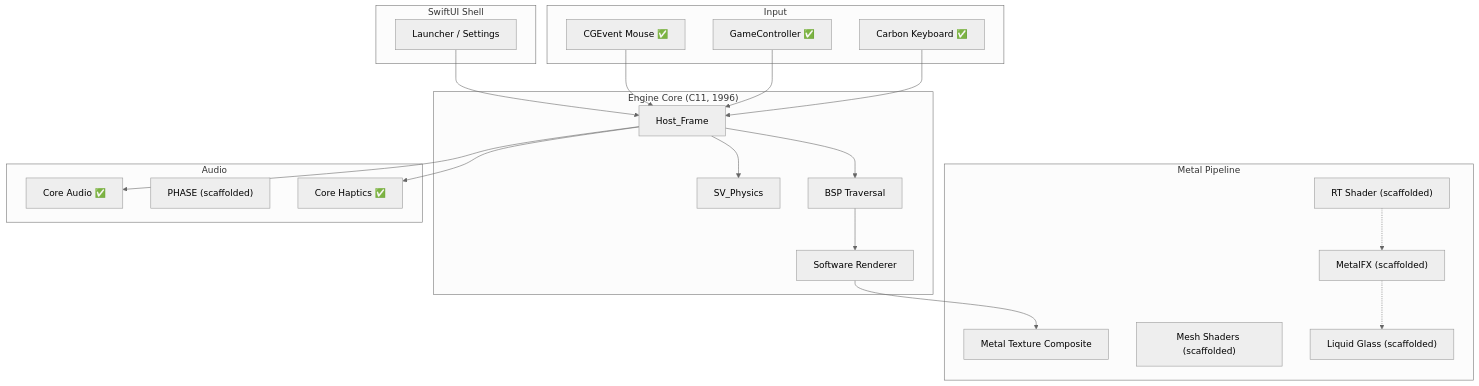
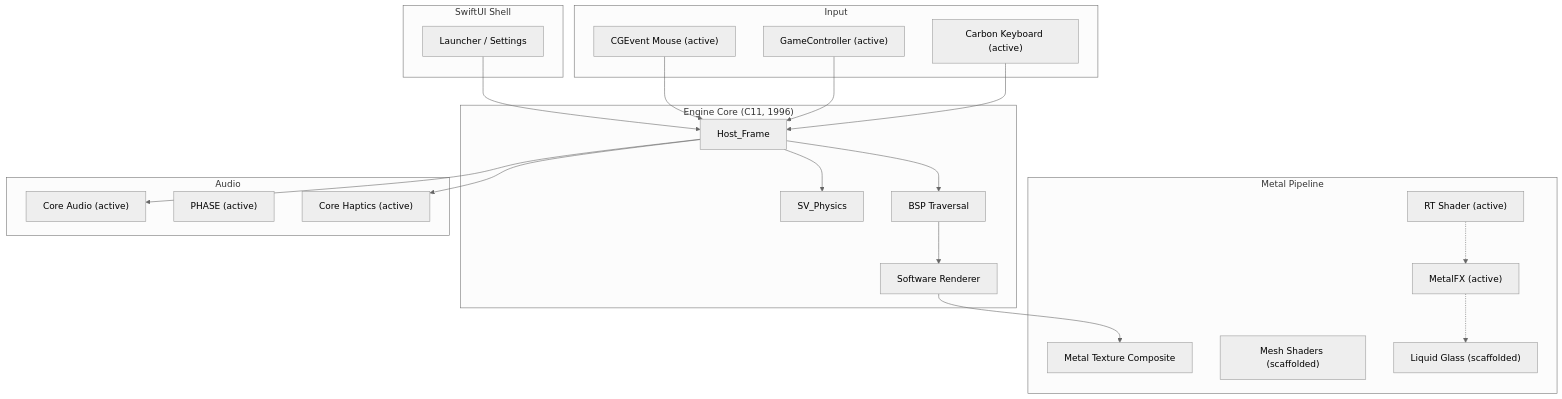
Before and after one commit to mstits/Metal-Quake: the diagram in README.md, drawn with Mermaid (neutral theme). The commit also changed other lines of this file and 10 other files, not shown here.

````diff
--- a/README.md
+++ b/README.md
@@ -76,40 +70,40 @@
 ```mermaid
 graph TB
     subgraph "SwiftUI Shell"
         Launcher["Launcher / Settings"]
     end
 
     subgraph "Engine Core (C11, 1996)"
         GameLoop["Host_Frame"]
         Physics["SV_Physics"]
         BSP["BSP Traversal"]
         SoftRender["Software Renderer"]
     end
 
     subgraph "Metal Pipeline"
         Composite["Metal Texture Composite"]
-        RT["RT Shader (scaffolded)"]
+        RT["RT Shader (active)"]
         MeshShader["Mesh Shaders (scaffolded)"]
-        MetalFX["MetalFX (scaffolded)"]
+        MetalFX["MetalFX (active)"]
         Glass["Liquid Glass (scaffolded)"]
     end
 
     subgraph "Audio"
-        CoreAudio["Core Audio ✅"]
-        PHASE["PHASE (scaffolded)"]
-        Haptics["Core Haptics ✅"]
+        CoreAudio["Core Audio (active)"]
+        PHASE["PHASE (active)"]
+        Haptics["Core Haptics (active)"]
     end
 
     subgraph "Input"
-        Mouse["CGEvent Mouse ✅"]
-        Controller["GameController ✅"]
-        Keys["Carbon Keyboard ✅"]
+        Mouse["CGEvent Mouse (active)"]
+        Controller["GameController (active)"]
+        Keys["Carbon Keyboard (active)"]
     end
 
     Launcher --> GameLoop
     GameLoop --> Physics & BSP
     BSP --> SoftRender --> Composite
     RT -.-> MetalFX -.-> Glass
     GameLoop --> CoreAudio & Haptics
     Mouse & Controller & Keys --> GameLoop
 ```
````
